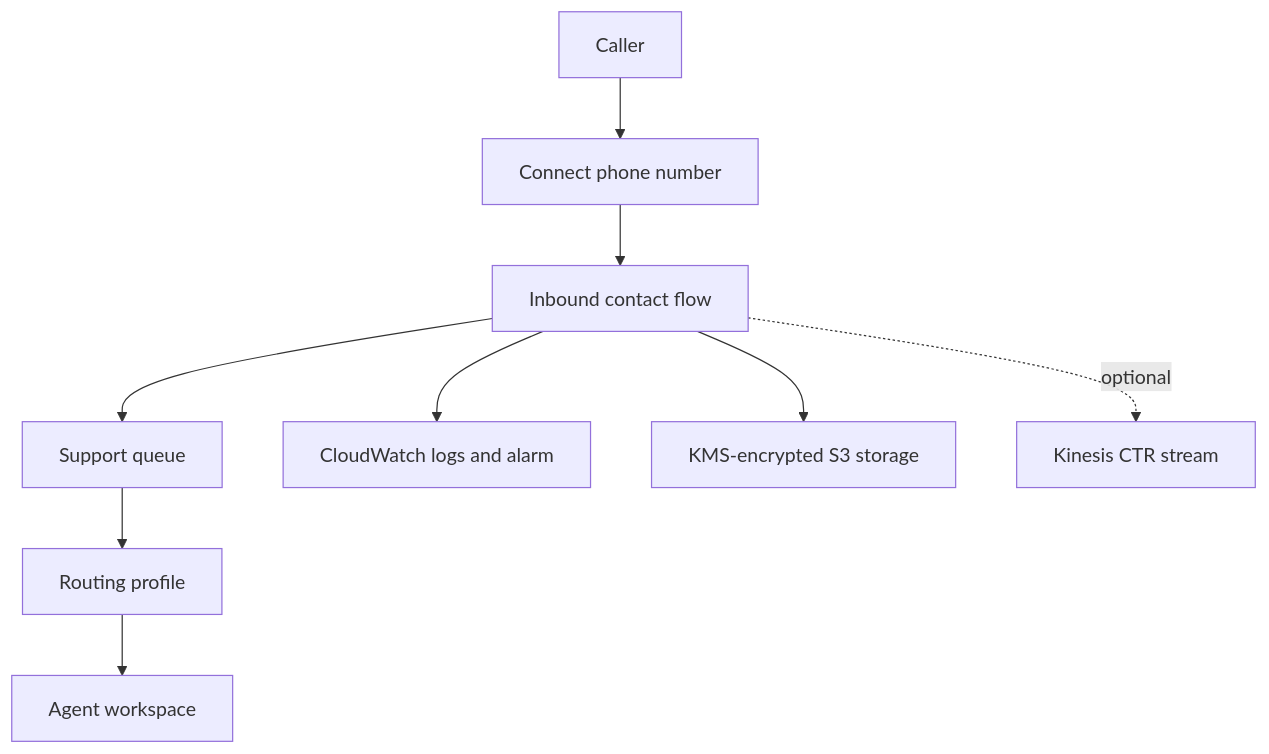
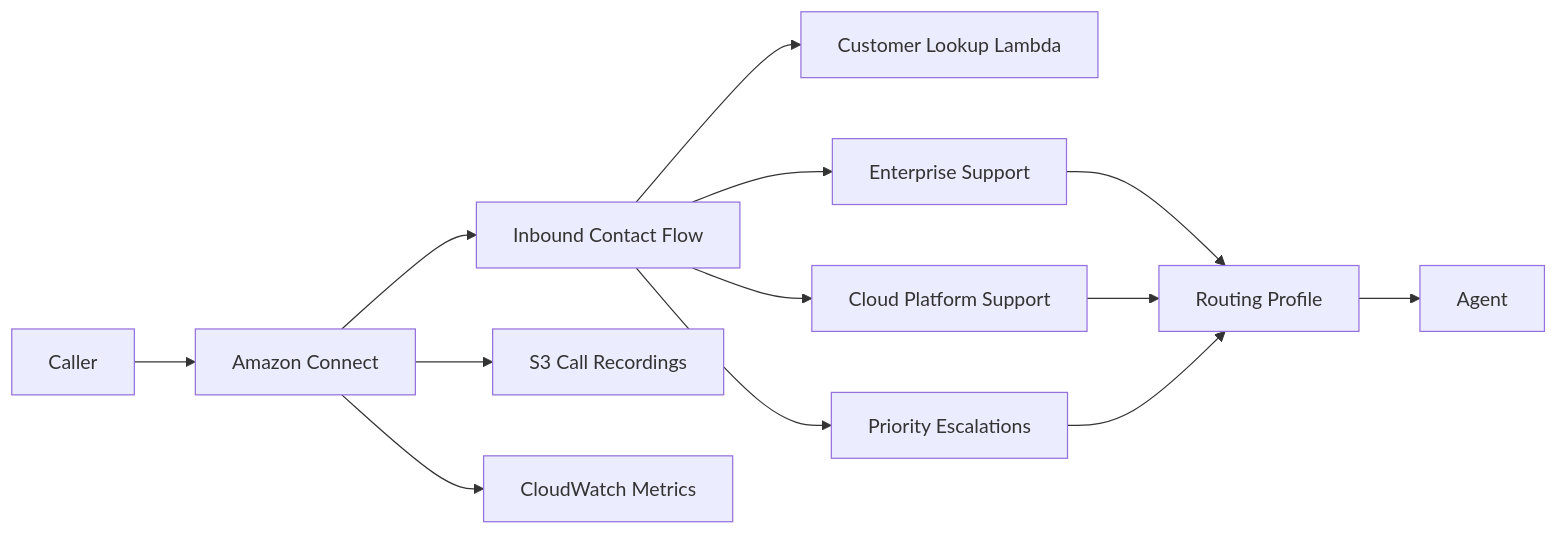
One commit to seanspacex92056/amazon-connect-terraform-platform changed the diagram in README.md. Above: the diagram before and after it, drawn with Mermaid. The commit also changed other lines of this file and 25 other files, not shown here.

Commit message:
Amazon Connect Terraform platform baseline

````diff
--- a/README.md
+++ b/README.md
@@ -20,11 +7,15 @@
 ```mermaid
-flowchart TD
-    Caller["Caller"] --> Number["Connect phone number"]
-    Number --> Flow["Inbound contact flow"]
-    Flow --> Queue["Support queue"]
-    Queue --> Profile["Routing profile"]
-    Profile --> Agent["Agent workspace"]
-    Flow --> Logs["CloudWatch logs and alarm"]
-    Flow --> Storage["KMS-encrypted S3 storage"]
-    Flow -. optional .-> Stream["Kinesis CTR stream"]
+flowchart LR
+    Caller[Caller] --> Connect[Amazon Connect]
+    Connect --> Flow[Inbound Contact Flow]
+    Flow --> Lambda[Customer Lookup Lambda]
+    Flow --> Queue1[Enterprise Support]
+    Flow --> Queue2[Cloud Platform Support]
+    Flow --> Queue3[Priority Escalations]
+    Queue1 --> Routing[Routing Profile]
+    Queue2 --> Routing
+    Queue3 --> Routing
+    Routing --> Agent[Agent]
+    Connect --> S3[S3 Call Recordings]
+    Connect --> CW[CloudWatch Metrics]
 ```
````
